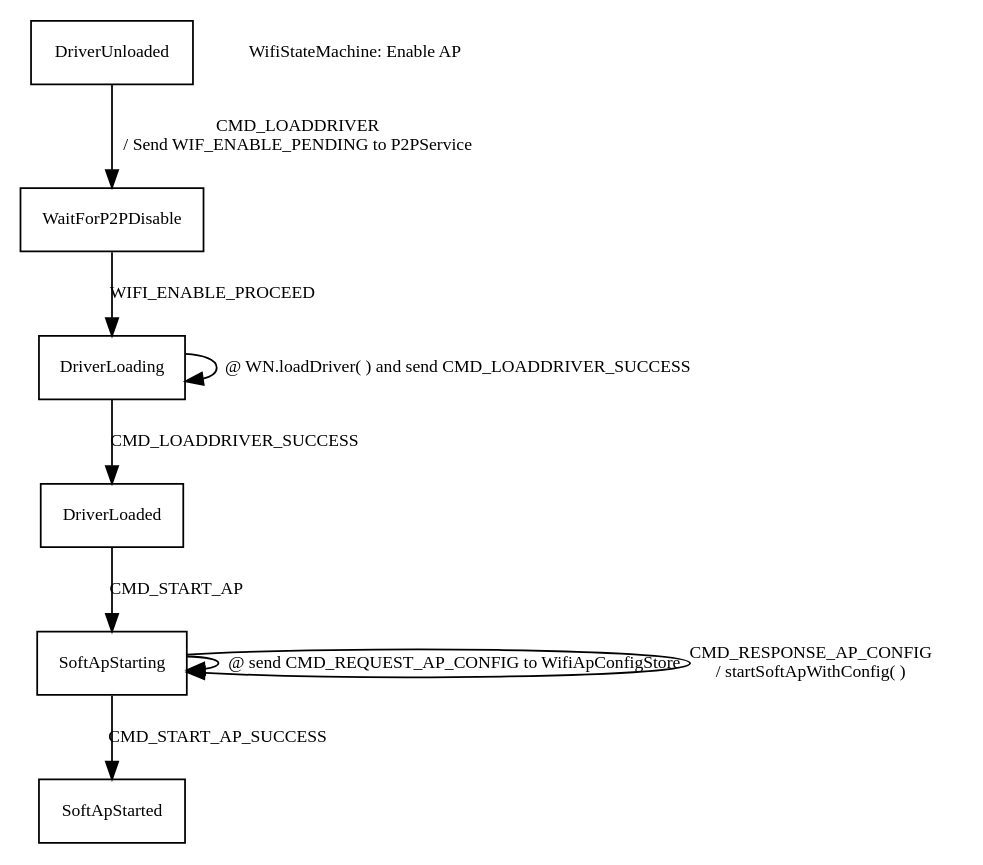
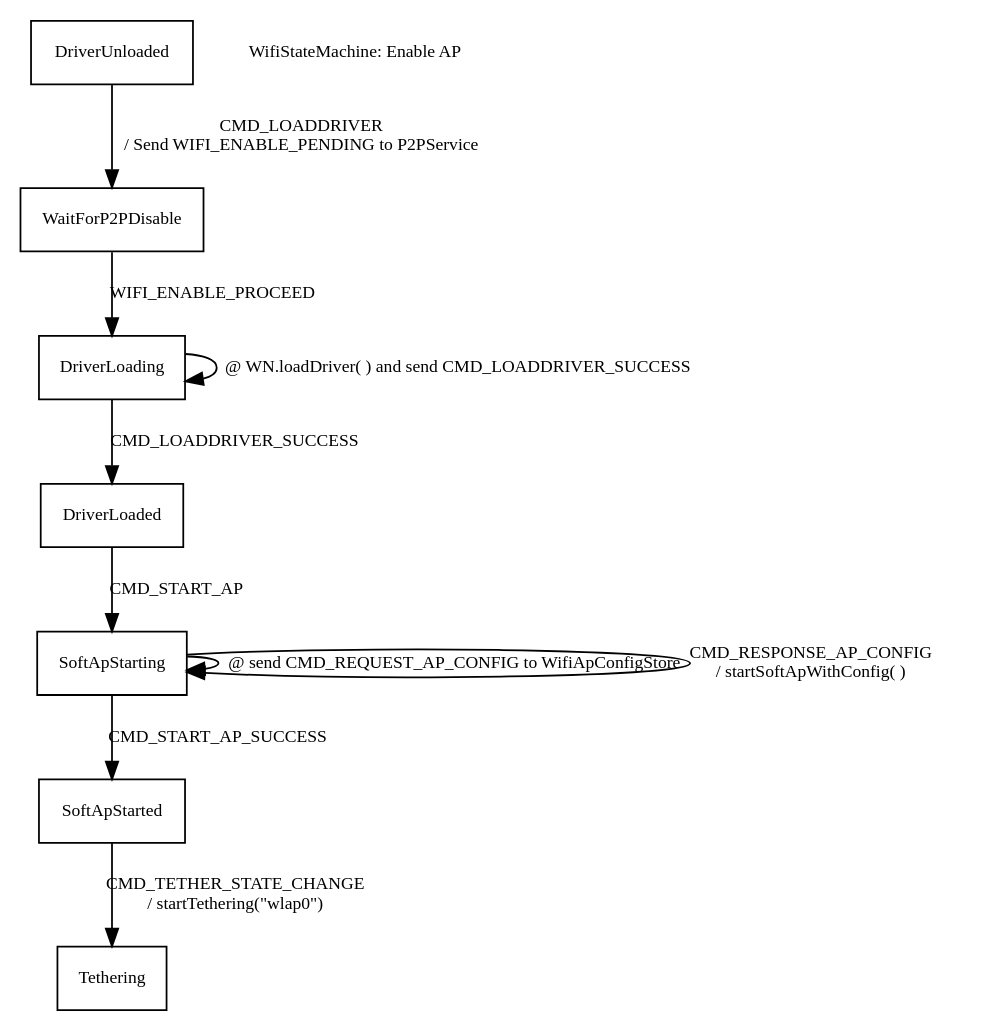
One commit to greatgauss/graphviz_script changed the diagram in SM_EnableAP.dot. Above: the diagram before and after it, drawn with Graphviz.

```diff
--- a/SM_EnableAP.dot
+++ b/SM_EnableAP.dot
@@ -1,17 +1,18 @@
 
 digraph automata_0 {
 	size = "8.5, 11";
 	fontname = "Microsoft YaHei";
 	fontsize = 15;
 	node [shape = record, fontname = "Microsoft YaHei", fontsize = 10];
 	edge [fontname = "Microsoft YaHei", fontsize = 10];
-	DriverUnloaded   -> WaitForP2PDisable[ label = "CMD_LOADDRIVER\n / Send WIF_ENABLE_PENDING to P2PService " ];
+	DriverUnloaded   -> WaitForP2PDisable[ label = "CMD_LOADDRIVER\n / Send WIFI_ENABLE_PENDING to P2PService " ];
 	WaitForP2PDisable-> DriverLoading [ label = "WIFI_ENABLE_PROCEED " ];
 	DriverLoading  -> DriverLoading [ label = " @ WN.loadDriver( ) and send CMD_LOADDRIVER_SUCCESS " ];
 	DriverLoading  -> DriverLoaded [ label = " CMD_LOADDRIVER_SUCCESS " ];
 	DriverLoaded-> SoftApStarting [ label = "CMD_START_AP" ];
 	SoftApStarting -> SoftApStarting [ label = " @ send CMD_REQUEST_AP_CONFIG to WifiApConfigStore " ];
 	SoftApStarting -> SoftApStarting [ label = "CMD_RESPONSE_AP_CONFIG \n / startSoftApWithConfig( ) " ];
 	SoftApStarting -> SoftApStarted [ label = "CMD_START_AP_SUCCESS " ];
+	SoftApStarted -> Tethering[ label = "CMD_TETHER_STATE_CHANGE \n / startTethering(\"wlap0\") " ];
 	"WifiStateMachine: Enable AP" [ shape = plaintext ];
 }
```
